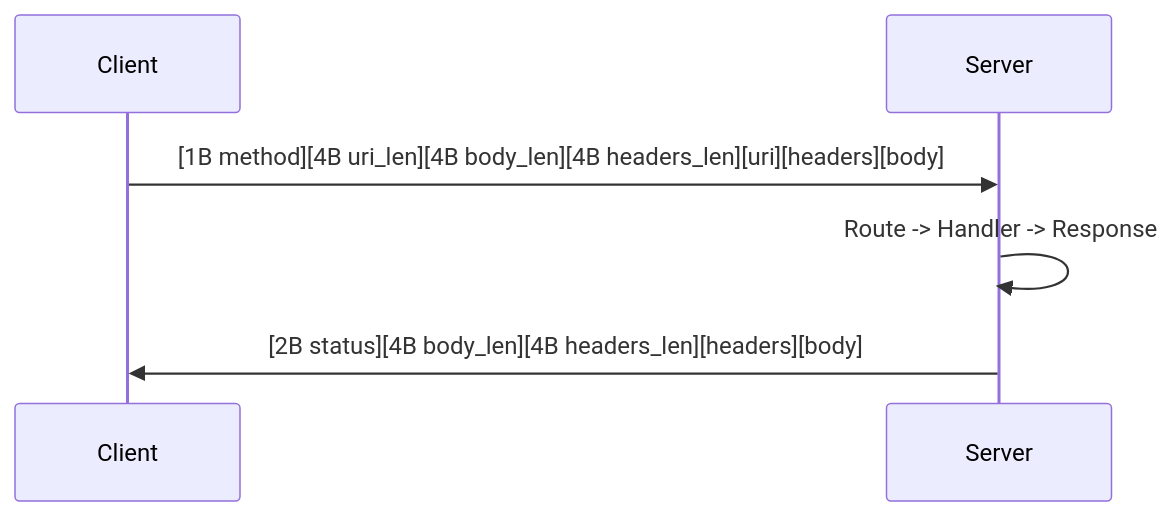
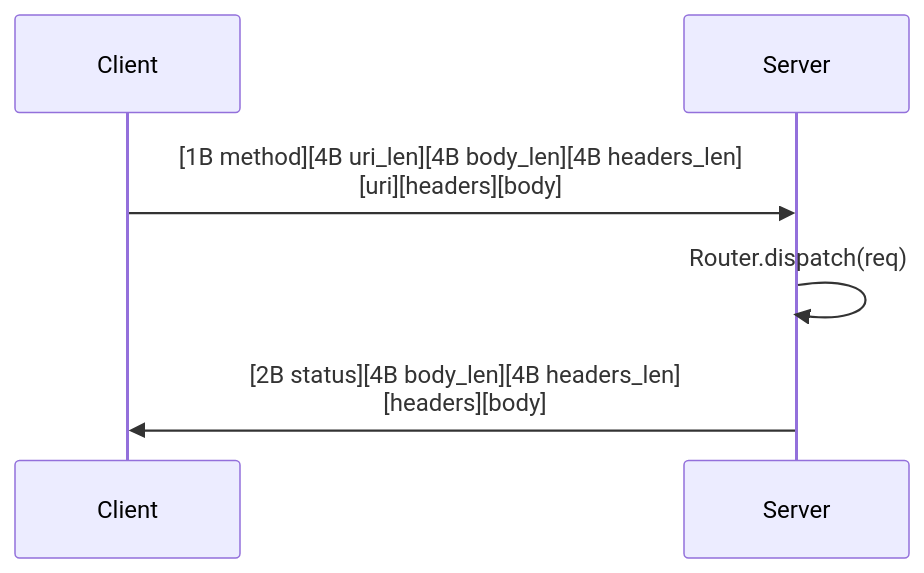
One commit to userFRM/crossbar changed the second of 2 diagrams in README.md. Above: the diagram before and after it, drawn with Mermaid. The commit also changed other lines of this file and 3 other files, not shown here.

First line of the commit message:
Rewrite README with two-binary showcase and add server/client examples

````diff
--- a/README.md
+++ b/README.md
@@ -210,8 +286,9 @@
 ```mermaid
 sequenceDiagram
-    participant Client
-    participant Server
-    Client->>Server: [1B method][4B uri_len][4B body_len][4B headers_len][uri][headers][body]
-    Server->>Server: Route -> Handler -> Response
-    Server->>Client: [2B status][4B body_len][4B headers_len][headers][body]
+    participant C as Client
+    participant S as Server
+
+    C->>S: [1B method][4B uri_len][4B body_len][4B headers_len]<br>[uri][headers][body]
+    S->>S: Router.dispatch(req)
+    S->>C: [2B status][4B body_len][4B headers_len]<br>[headers][body]
 ```
````
